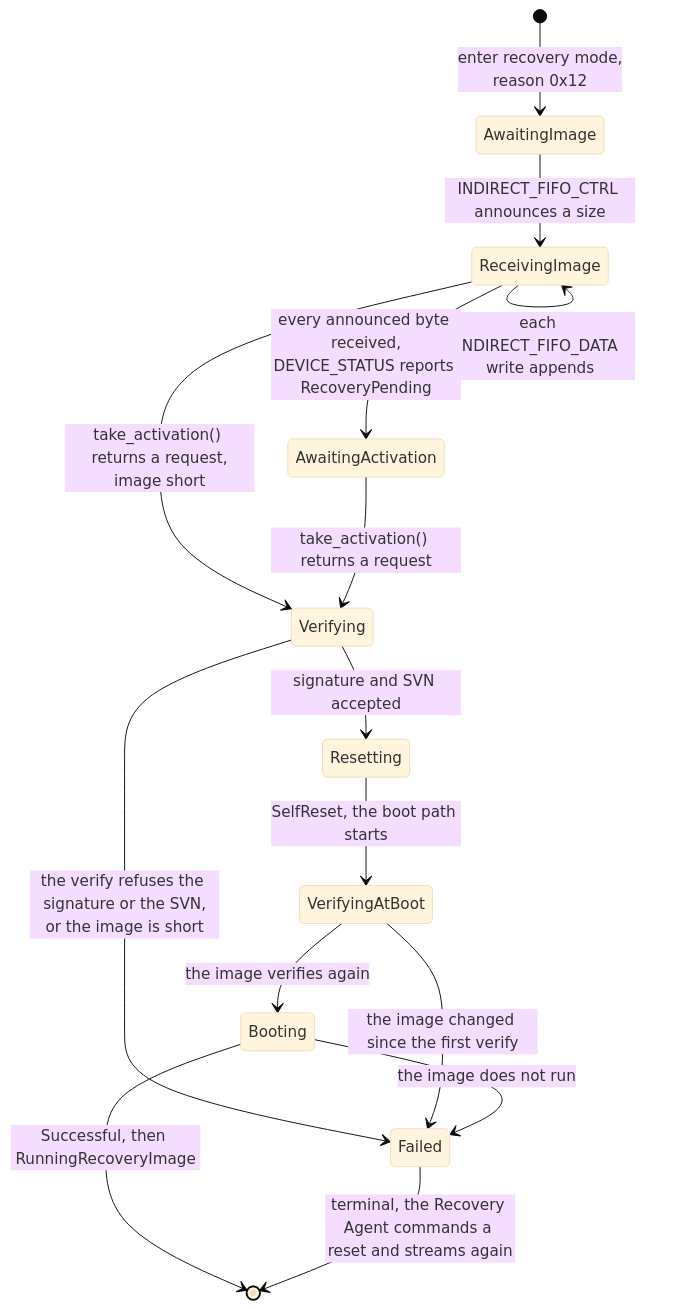
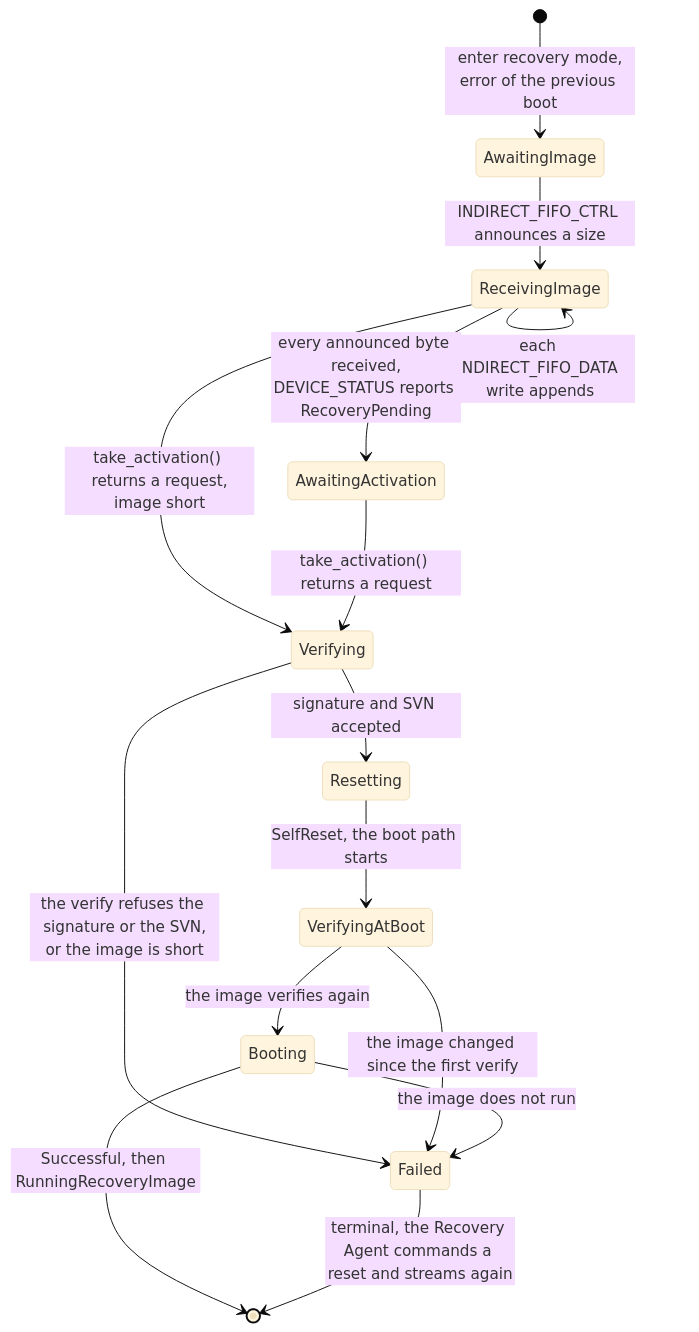
One commit to OpenPRoT/openprot changed the second of 3 diagrams in docs/src/design/ocp-recovery-device.md. Above: the diagram before and after it, drawn with Mermaid (base theme). The commit also changed other lines of this file, not shown here.

First line of the commit message:
docs: Report the error of the previous boot as the reason code

````diff
--- a/docs/src/design/ocp-recovery-device.md
+++ b/docs/src/design/ocp-recovery-device.md
@@ -238,17 +250,17 @@
 ```mermaid
 stateDiagram-v2
-    [*] --> AwaitingImage: enter recovery mode,<br/>reason 0x12
+    [*] --> AwaitingImage: enter recovery mode,<br/>error of the previous boot
     AwaitingImage --> ReceivingImage: INDIRECT_FIFO_CTRL announces a size
     ReceivingImage --> ReceivingImage: each INDIRECT_FIFO_DATA write appends
     ReceivingImage --> AwaitingActivation: every announced byte received,<br/>DEVICE_STATUS reports RecoveryPending
     ReceivingImage --> Verifying: take_activation() returns a request,<br/>image short
     AwaitingActivation --> Verifying: take_activation() returns a request
     Verifying --> Resetting: signature and SVN accepted
     Verifying --> Failed: the verify refuses the signature or the SVN,<br/>or the image is short
     Resetting --> VerifyingAtBoot: SelfReset, the boot path starts
     VerifyingAtBoot --> Booting: the image verifies again
     VerifyingAtBoot --> Failed: the image changed since the first verify
     Booting --> [*]: Successful, then RunningRecoveryImage
     Booting --> Failed: the image does not run
     Failed --> [*]: terminal, the Recovery Agent commands a reset and streams again
 ```
````
